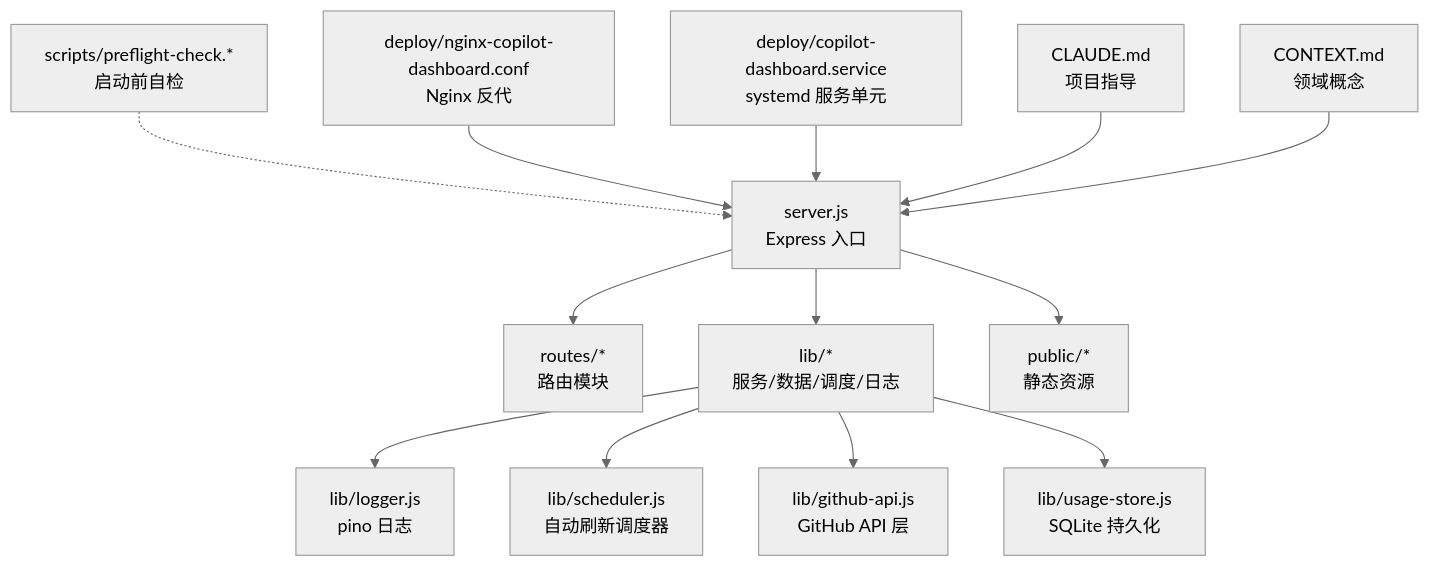
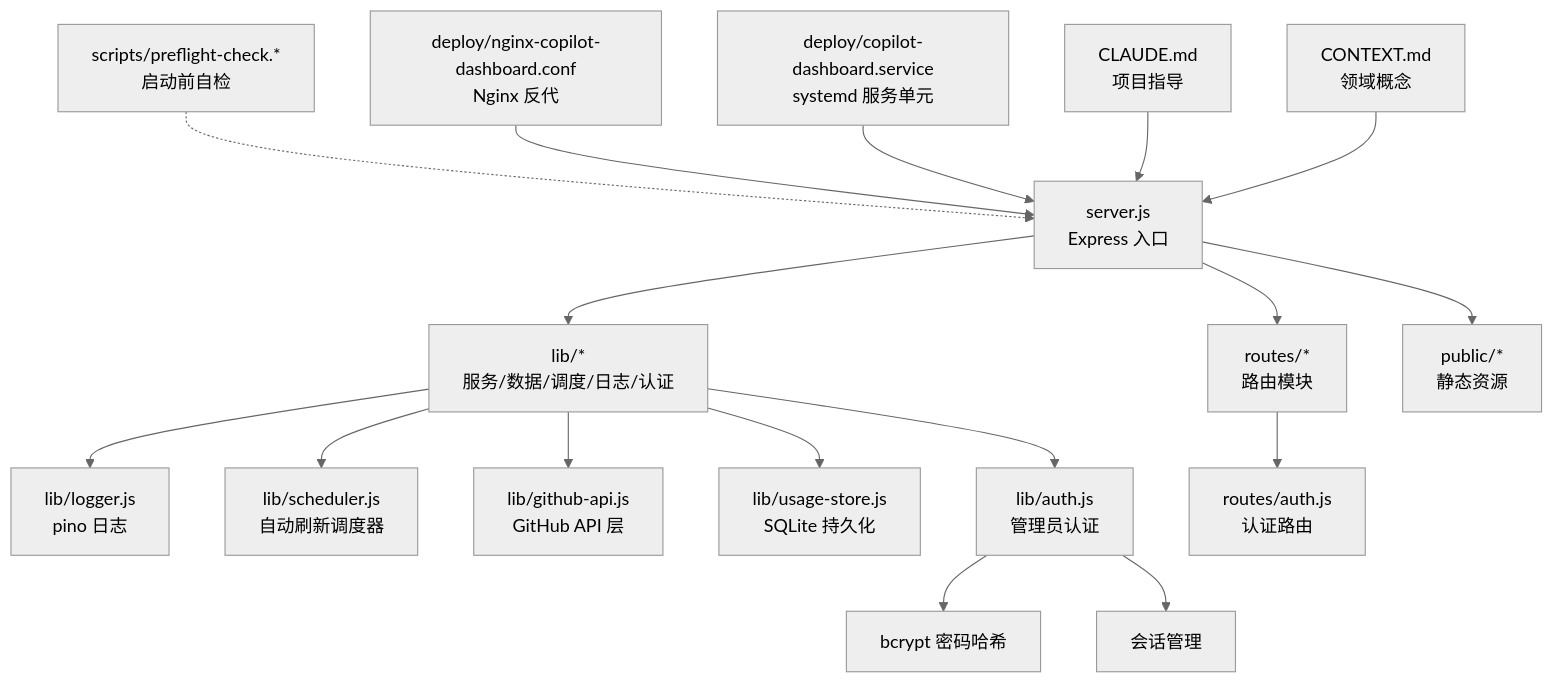
The first of 6 diagrams in .qoder/repowiki/zh/content/部署与运维/部署与运维.md (kissingwolf/CopilotEnterpriseUsageDisplay), drawn with Mermaid (neutral theme) before and after one commit. The commit also changed other lines of this file and 9 other files, not shown here.

````diff
--- a/.qoder/repowiki/zh/content/部署与运维/部署与运维.md
+++ b/.qoder/repowiki/zh/content/部署与运维/部署与运维.md
@@ -56,15 +58,19 @@
 ```mermaid
 graph TB
 A["server.js<br/>Express 入口"] --> B["routes/*<br/>路由模块"]
-A --> C["lib/*<br/>服务/数据/调度/日志"]
+A --> C["lib/*<br/>服务/数据/调度/日志/认证"]
 A --> D["public/*<br/>静态资源"]
 C --> E["lib/logger.js<br/>pino 日志"]
 C --> F["lib/scheduler.js<br/>自动刷新调度器"]
 C --> G["lib/github-api.js<br/>GitHub API 层"]
 C --> H["lib/usage-store.js<br/>SQLite 持久化"]
-I["scripts/preflight-check.*<br/>启动前自检"] -.-> A
-J["deploy/nginx-copilot-dashboard.conf<br/>Nginx 反代"] --> A
-K["deploy/copilot-dashboard.service<br/>systemd 服务单元"] --> A
-L["CLAUDE.md<br/>项目指导"] --> A
-M["CONTEXT.md<br/>领域概念"] --> A
+C --> I["lib/auth.js<br/>管理员认证"]
+B --> J["routes/auth.js<br/>认证路由"]
+I --> K["bcrypt 密码哈希"]
+I --> L["会话管理"]
+M["scripts/preflight-check.*<br/>启动前自检"] -.-> A
+N["deploy/nginx-copilot-dashboard.conf<br/>Nginx 反代"] --> A
+O["deploy/copilot-dashboard.service<br/>systemd 服务单元"] --> A
+P["CLAUDE.md<br/>项目指导"] --> A
+Q["CONTEXT.md<br/>领域概念"] --> A
 ```
````
